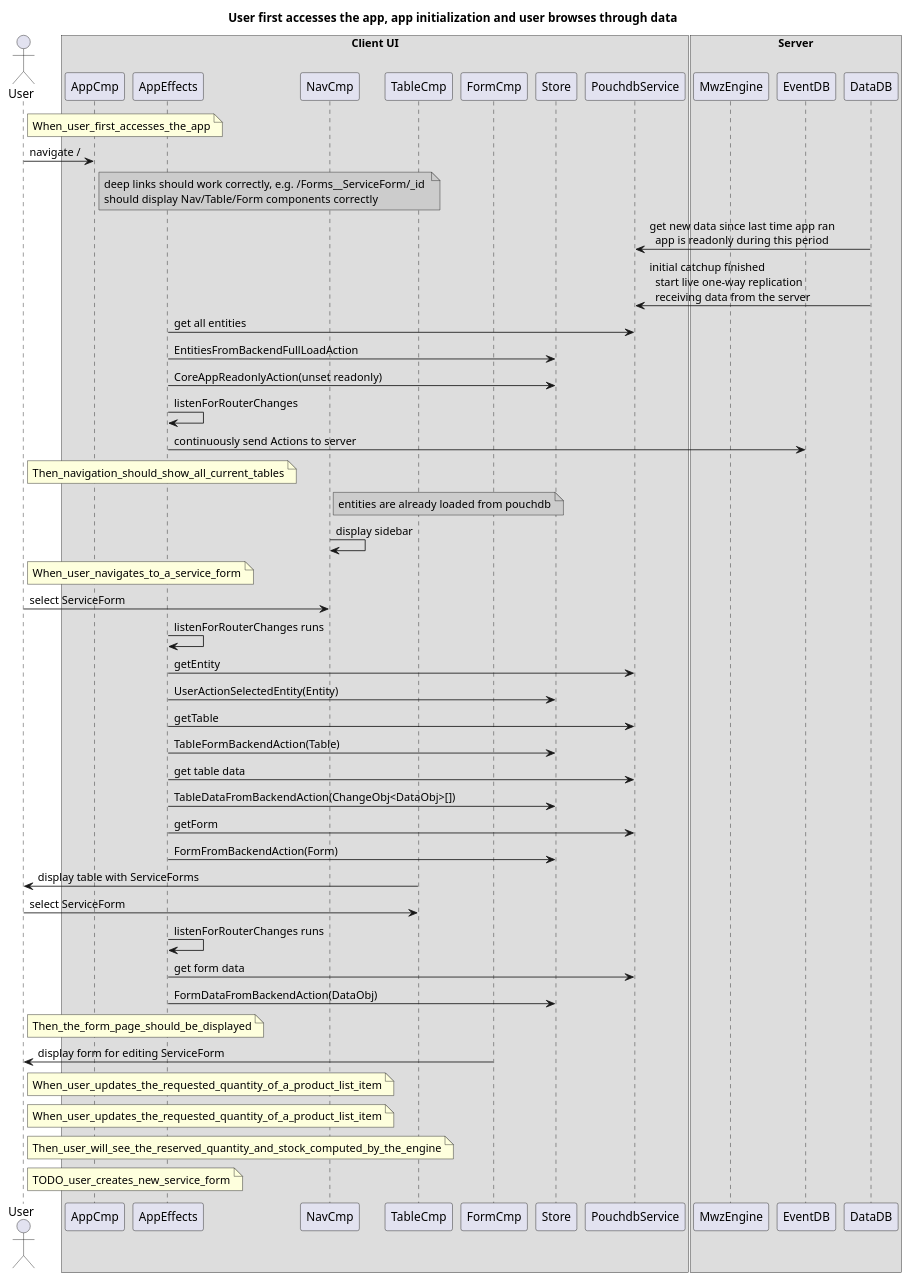
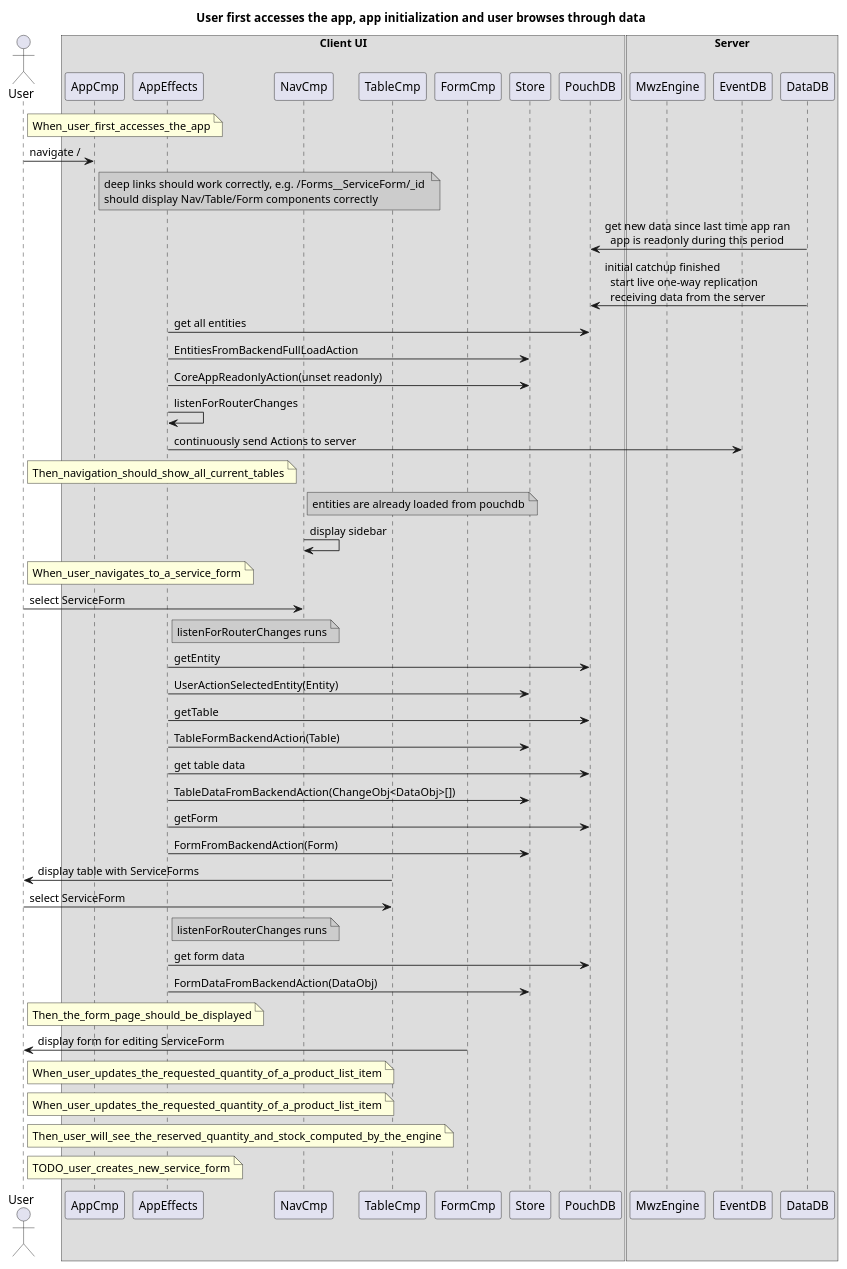
The diagram in docs/init_and_view_flows.puml (formuladb/poc1), drawn with PlantUML before and after one commit. The commit also changed 5 other files, not shown here.

```diff
--- a/docs/init_and_view_flows.puml
+++ b/docs/init_and_view_flows.puml
@@ -1,72 +1,72 @@
 @startuml init_and_view_flows
 
 title User first accesses the app, app initialization and user browses through data
 
 actor User
 box "Client UI"
     participant AppCmp
     participant AppEffects
     participant NavCmp
     participant TableCmp
     participant FormCmp
     participant Store
-    participant PouchdbService
+    participant PouchDB
 end box
 box "Server"
     participant MwzEngine
     participant EventDB
     participant DataDB
 end box
 
 note right of User: When_user_first_accesses_the_app
 User -> AppCmp: navigate /
 note right of AppCmp #CCCCCC
 deep links should work correctly, e.g. /Forms__ServiceForm/_id 
 should display Nav/Table/Form components correctly
 end note
 
-PouchdbService <- DataDB: get new data since last time app ran\n\
+PouchDB <- DataDB: get new data since last time app ran\n\
   app is readonly during this period
-PouchdbService <- DataDB: initial catchup finished\n\
+PouchDB <- DataDB: initial catchup finished\n\
   start live one-way replication\n\
   receiving data from the server
 
-AppEffects -> PouchdbService: get all entities
+AppEffects -> PouchDB: get all entities
 AppEffects -> Store: EntitiesFromBackendFullLoadAction
 AppEffects -> Store: CoreAppReadonlyAction(unset readonly)
 AppEffects -> AppEffects: listenForRouterChanges
 AppEffects -> EventDB: continuously send Actions to server
 
 note right of User: Then_navigation_should_show_all_current_tables
 note right of NavCmp #CCCCCC: entities are already loaded from pouchdb
 NavCmp -> NavCmp: display sidebar
 
 note right of User: When_user_navigates_to_a_service_form
 
 User -> NavCmp: select ServiceForm
-AppEffects -> AppEffects: listenForRouterChanges runs
-AppEffects -> PouchdbService: getEntity
+note right of AppEffects #CCCCCC: listenForRouterChanges runs
+AppEffects -> PouchDB: getEntity
 AppEffects -> Store: UserActionSelectedEntity(Entity)
-AppEffects -> PouchdbService: getTable
+AppEffects -> PouchDB: getTable
 AppEffects -> Store: TableFormBackendAction(Table)
-AppEffects -> PouchdbService: get table data
+AppEffects -> PouchDB: get table data
 AppEffects -> Store: TableDataFromBackendAction(ChangeObj<DataObj>[])
-AppEffects -> PouchdbService: getForm
+AppEffects -> PouchDB: getForm
 AppEffects -> Store: FormFromBackendAction(Form)
 
 User <- TableCmp: display table with ServiceForms
 User -> TableCmp: select ServiceForm
 
-AppEffects -> AppEffects: listenForRouterChanges runs
-AppEffects -> PouchdbService: get form data
+note right of AppEffects #CCCCCC: listenForRouterChanges runs
+AppEffects -> PouchDB: get form data
 AppEffects -> Store: FormDataFromBackendAction(DataObj)
 
 note right of User: Then_the_form_page_should_be_displayed
 User <- FormCmp: display form for editing ServiceForm
 
 note right of User: When_user_updates_the_requested_quantity_of_a_product_list_item
 note right of User: When_user_updates_the_requested_quantity_of_a_product_list_item
 note right of User: Then_user_will_see_the_reserved_quantity_and_stock_computed_by_the_engine
 note right of User: TODO_user_creates_new_service_form
 
 @enduml
```
